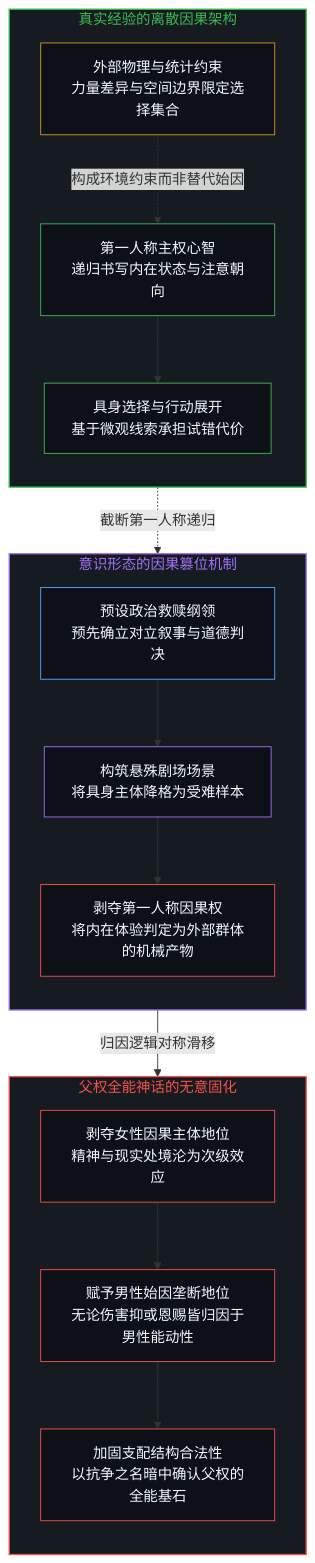
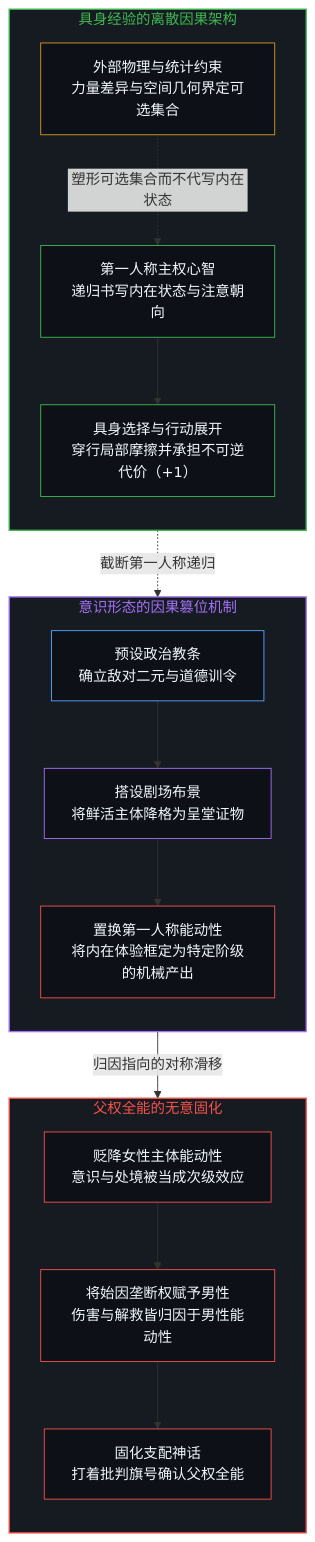
The first of 4 diagrams in content/posts/the-moral-reversal-and-the-scripted-subject.md (powerpig99/not-a-toe), drawn with Mermaid before and after one commit. The commit also changed other lines of this file and 7 other files, not shown here.

````diff
--- a/content/posts/the-moral-reversal-and-the-scripted-subject.md
+++ b/content/posts/the-moral-reversal-and-the-scripted-subject.md
@@ -35,37 +35,32 @@
 ```mermaid
 graph TD
-    subgraph S_LivingReal ["真实经验的离散因果架构"]
+    subgraph S_LivingReal ["具身经验的离散因果架构"]
         direction TB
-        LR1["第一人称主权心智<br/>递归书写内在状态与注意朝向"] --> LR2["具身选择与行动展开<br/>基于微观线索承担试错代价"]
-        LR3["外部物理与统计约束<br/>力量差异与空间边界限定选择集合"] -.->|"构成环境约束而非替代始因"| LR1
+        LR1["第一人称主权心智<br/>递归书写内在状态与注意朝向"] --> LR2["具身选择与行动展开<br/>穿行局部摩擦并承担不可逆代价（+1）"]
+        LR3["外部物理与统计约束<br/>力量差异与空间几何界定可选集合"] -.->|"塑形可选集合而不代写内在状态"| LR1
     end
-
     subgraph S_StagedInversion ["意识形态的因果篡位机制"]
         direction TB
-        SI1["预设政治救赎纲领<br/>预先确立对立叙事与道德判决"] --> SI2["构筑悬殊剧场场景<br/>将具身主体降格为受难样本"]
-        SI2 --> SI3["剥夺第一人称因果权<br/>将内在体验判定为外部群体的机械产物"]
+        SI1["预设政治教条<br/>确立敌对二元与道德训令"] --> SI2["搭设剧场布景<br/>将鲜活主体降格为呈堂证物"]
+        SI2 --> SI3["置换第一人称能动性<br/>将内在体验框定为特定阶级的机械产出"]
     end
-
-    subgraph S_SolidifyParadox ["父权全能神话的无意固化"]
+    subgraph S_SolidifyParadox ["父权全能的无意固化"]
         direction TB
-        SP1["剥夺女性因果主体地位<br/>精神与现实处境沦为次级效应"] --> SP2["赋予男性始因垄断地位<br/>无论伤害抑或恩赐皆归因于男性能动性"]
-        SP2 --> SP3["加固支配结构合法性<br/>以抗争之名暗中确认父权的全能基石"]
+        SP1["贬降女性主体能动性<br/>意识与处境被当成次级效应"] --> SP2["将始因垄断权赋予男性<br/>伤害与解救皆归因于男性能动性"]
+        SP2 --> SP3["固化支配神话<br/>打着批判旗号确认父权全能"]
     end
-
     LR1 -.->|"截断第一人称递归"| SI2
-    SI3 -->|"归因逻辑对称滑移"| SP1
-
+    SI3 -->|"归因指向的对称滑移"| SP1
     style S_LivingReal fill:#161b22,stroke:#3fb950,stroke-width:1.5px,color:#3fb950
     style S_StagedInversion fill:#161b22,stroke:#a371f7,stroke-width:1.5px,color:#a371f7
     style S_SolidifyParadox fill:#161b22,stroke:#f85149,stroke-width:1.5px,color:#f85149
-
     style LR1 fill:#0d1117,stroke:#3fb950,stroke-width:1px,color:#f0f6fc
     style LR2 fill:#0d1117,stroke:#3fb950,stroke-width:1px,color:#f0f6fc
     style LR3 fill:#0d1117,stroke:#d29922,stroke-width:1px,color:#f0f6fc
     style SI1 fill:#0d1117,stroke:#58a6ff,stroke-width:1px,color:#f0f6fc
     style SI2 fill:#0d1117,stroke:#a371f7,stroke-width:1px,color:#f0f6fc
     style SI3 fill:#0d1117,stroke:#f85149,stroke-width:1px,color:#f0f6fc
     style SP1 fill:#0d1117,stroke:#f85149,stroke-width:1px,color:#f0f6fc
     style SP2 fill:#0d1117,stroke:#f85149,stroke-width:1px,color:#f0f6fc
     style SP3 fill:#0d1117,stroke:#f85149,stroke-width:1px,color:#f0f6fc
 ```
````
